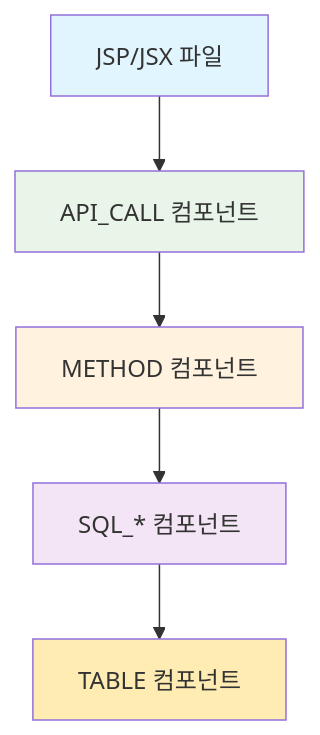
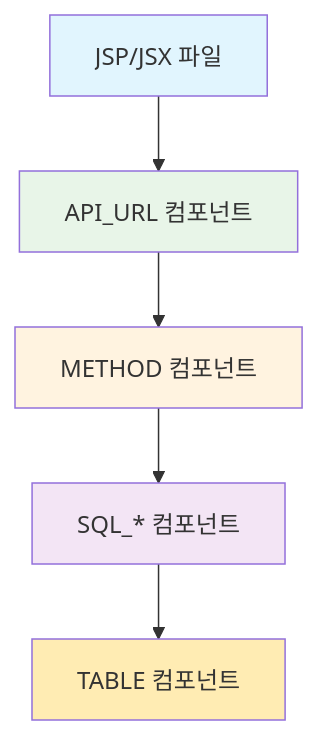
One commit to kumtaek/CreateMetaDb changed the diagram in docs/기타/04_API_매핑_구조_분석.md. Above: the diagram before and after it, drawn with Mermaid. The commit also changed other lines of this file and 6 other files, not shown here.

````diff
--- a/docs/기타/04_API_매핑_구조_분석.md
+++ b/docs/기타/04_API_매핑_구조_분석.md
@@ -148,13 +143,13 @@
 ```mermaid
 graph TD
-    A[JSP/JSX 파일] --> B[API_CALL 컴포넌트]
+    A[JSP/JSX 파일] --> B[API_URL 컴포넌트]
     B --> C[METHOD 컴포넌트]
     C --> D[SQL_* 컴포넌트]
     D --> E[TABLE 컴포넌트]
     
     style A fill:#e1f5fe
     style B fill:#e8f5e8
     style C fill:#fff3e0
     style D fill:#f3e5f5
     style E fill:#ffecb3
 ```
````
